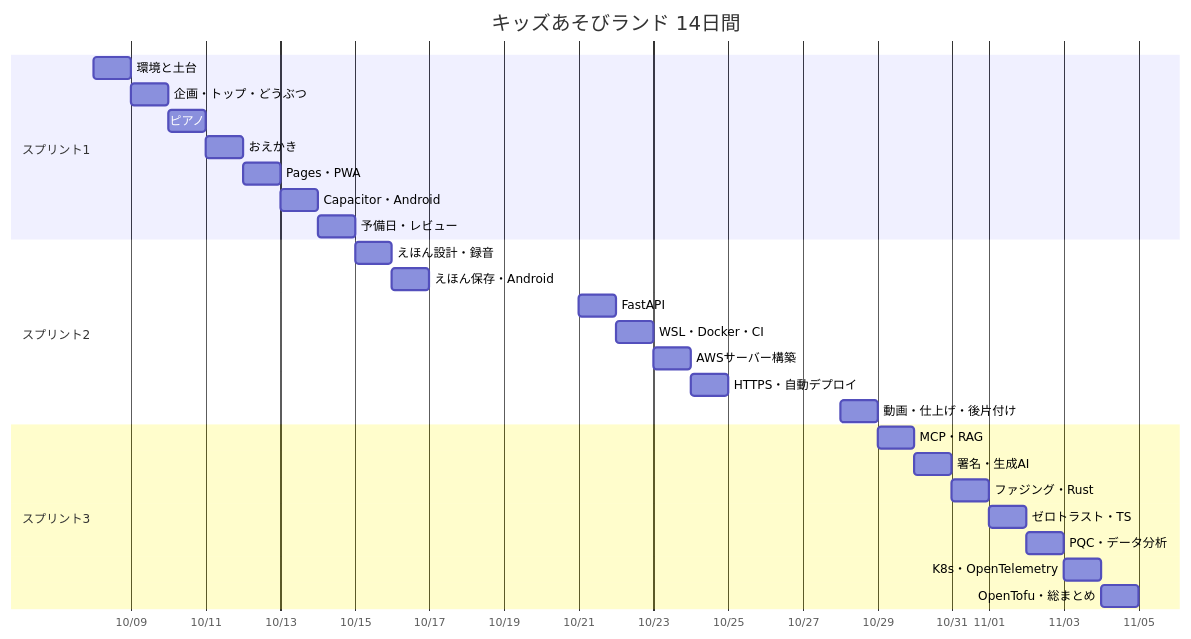
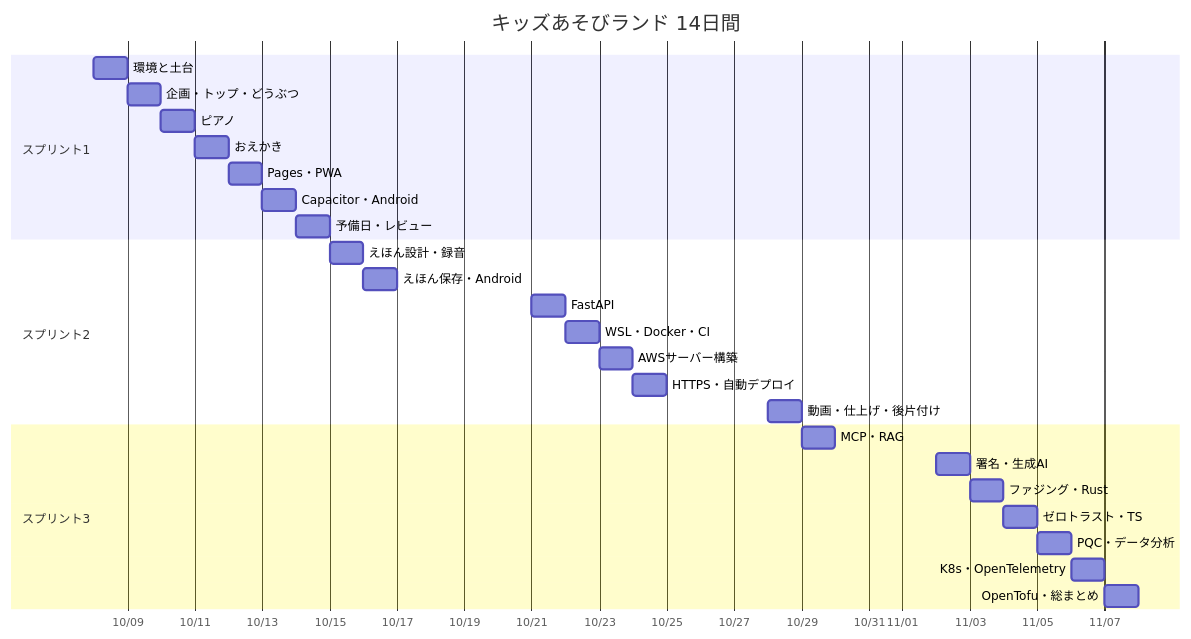
One commit to Hayato-F110/kids-play changed the diagram in docs/plan.md. Above: the diagram before and after it, drawn with Mermaid. The commit also changed other lines of this file and 4 other files, not shown here.

````diff
--- a/docs/plan.md
+++ b/docs/plan.md
@@ -20,30 +21,30 @@
 ```mermaid
 gantt
     title キッズあそびランド 14日間
     dateFormat YYYY-MM-DD
     axisFormat %m/%d
     section スプリント1
     環境と土台            :d1, 2026-10-08, 1d
     企画・トップ・どうぶつ  :d2, after d1, 1d
     ピアノ                :d3, after d2, 1d
     おえかき              :d4, after d3, 1d
     Pages・PWA            :d5, after d4, 1d
     Capacitor・Android    :d6, after d5, 1d
     予備日・レビュー       :d7, after d6, 1d
     section スプリント2
     えほん設計・録音       :d8, after d7, 1d
     えほん保存・Android    :d9, after d8, 1d
     FastAPI               :d10, 2026-10-21, 1d
     WSL・Docker・CI       :d11, after d10, 1d
     AWSサーバー構築        :d12, after d11, 1d
     HTTPS・自動デプロイ    :d13, after d12, 1d
     動画・仕上げ・後片付け  :d14, 2026-10-28, 1d
     section スプリント3
     MCP・RAG             :d15, after d14, 1d
-    署名・生成AI          :d16, after d15, 1d
+    署名・生成AI          :d16, 2026-11-02, 1d
     ファジング・Rust       :d17, after d16, 1d
     ゼロトラスト・TS      :d18, after d17, 1d
     PQC・データ分析       :d19, after d18, 1d
     K8s・OpenTelemetry    :d20, after d19, 1d
     OpenTofu・総まとめ    :d21, after d20, 1d
 ```
````
